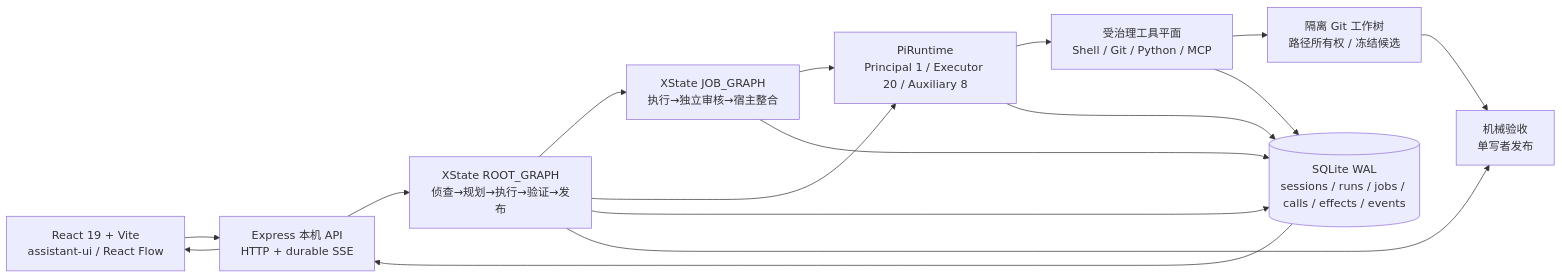
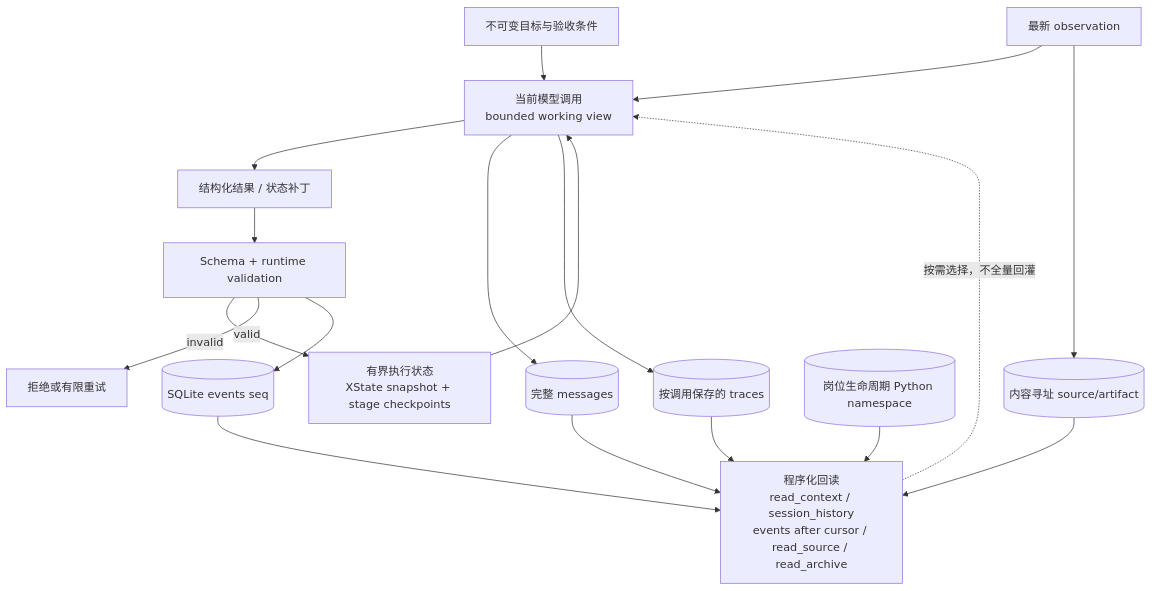
Before and after one commit to LEO001020/pi-loop-studio-orchestra: the fourth of 5 diagrams in README.md, drawn with Mermaid. The commit also changed other lines of this file and 1 other file, not shown here.

````diff
--- a/README.md
+++ b/README.md
@@ -9,23 +404,33 @@
 ```mermaid
-flowchart LR
-    UI[React 19 + Vite\nassistant-ui / React Flow]
-    API[Express 本机 API\nHTTP + durable SSE]
-    ROOT[XState ROOT_GRAPH\n侦查→规划→执行→验证→发布]
-    JOB[XState JOB_GRAPH\n执行→独立审核→宿主整合]
-    PI[PiRuntime\nPrincipal 1 / Executor 20 / Auxiliary 8]
-    TOOLS[受治理工具平面\nShell / Git / Python / MCP]
-    WT[隔离 Git 工作树\n路径所有权 / 冻结候选]
-    DB[(SQLite WAL\nsessions / runs / jobs / calls / effects / events)]
-    PUB[机械验收\n单写者发布]
+flowchart TB
+    SPEC[不可变目标与验收条件]
+    STATE[有界执行状态\nXState snapshot + stage checkpoints]
+    OBS[最新 observation]
+    MODEL[当前模型调用\nbounded working view]
+    PATCH[结构化结果 / 状态补丁]
+    VALIDATE[Schema + runtime validation]
 
-    UI --> API --> ROOT
-    ROOT --> JOB --> PI --> TOOLS --> WT
-    ROOT --> PI
-    ROOT --> DB
-    JOB --> DB
-    PI --> DB
-    TOOLS --> DB
-    DB --> API --> UI
-    WT --> PUB
-    ROOT --> PUB
+    MSG[(完整 messages)]
+    EVENT[(SQLite events seq)]
+    TRACE[(按调用保存的 traces)]
+    SOURCE[(内容寻址 source/artifact)]
+    PY[(岗位生命周期 Python namespace)]
+    QUERY[程序化回读\nread_context / session_history\nevents after cursor / read_source / read_archive]
+
+    SPEC --> MODEL
+    STATE --> MODEL
+    OBS --> MODEL
+    MODEL --> PATCH --> VALIDATE
+    VALIDATE -->|valid| STATE
+    VALIDATE -->|invalid| RETRY[拒绝或有限重试]
+    MODEL --> MSG
+    VALIDATE --> EVENT
+    MODEL --> TRACE
+    OBS --> SOURCE
+    MSG --> QUERY
+    EVENT --> QUERY
+    TRACE --> QUERY
+    SOURCE --> QUERY
+    PY --> QUERY
+    QUERY -.按需选择，不全量回灌.-> MODEL
 ```
````
